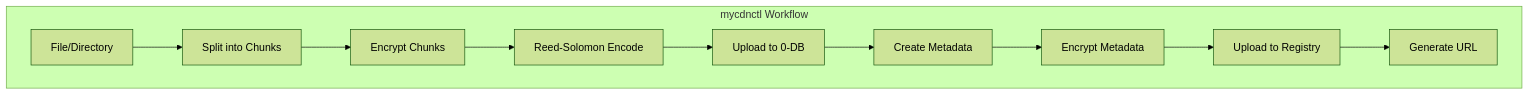
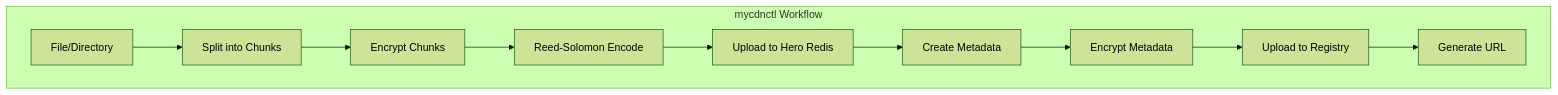
The first of 3 diagrams in docs/mycdnctl-user-guide.md (threefoldtech/mycelium-cdn-registry), drawn with Mermaid (forest theme) before and after one commit. The commit also changed other lines of this file and 14 other files, not shown here.

Commit message:
Change 0-db implementation to hero_redis

````diff
--- a/docs/mycdnctl-user-guide.md
+++ b/docs/mycdnctl-user-guide.md
@@ -5,13 +5,13 @@
 ```mermaid
 graph TD
     subgraph "mycdnctl Workflow"
         File[File/Directory] --> Split[Split into Chunks]
         Split --> Encrypt[Encrypt Chunks]
         Encrypt --> Encode[Reed-Solomon Encode]
-        Encode --> Upload[Upload to 0-DB]
+        Encode --> Upload[Upload to Hero Redis]
         Upload --> CreateMeta[Create Metadata]
         CreateMeta --> EncryptMeta[Encrypt Metadata]
         EncryptMeta --> UploadMeta[Upload to Registry]
         UploadMeta --> URL[Generate URL]
     end
 ```
````
